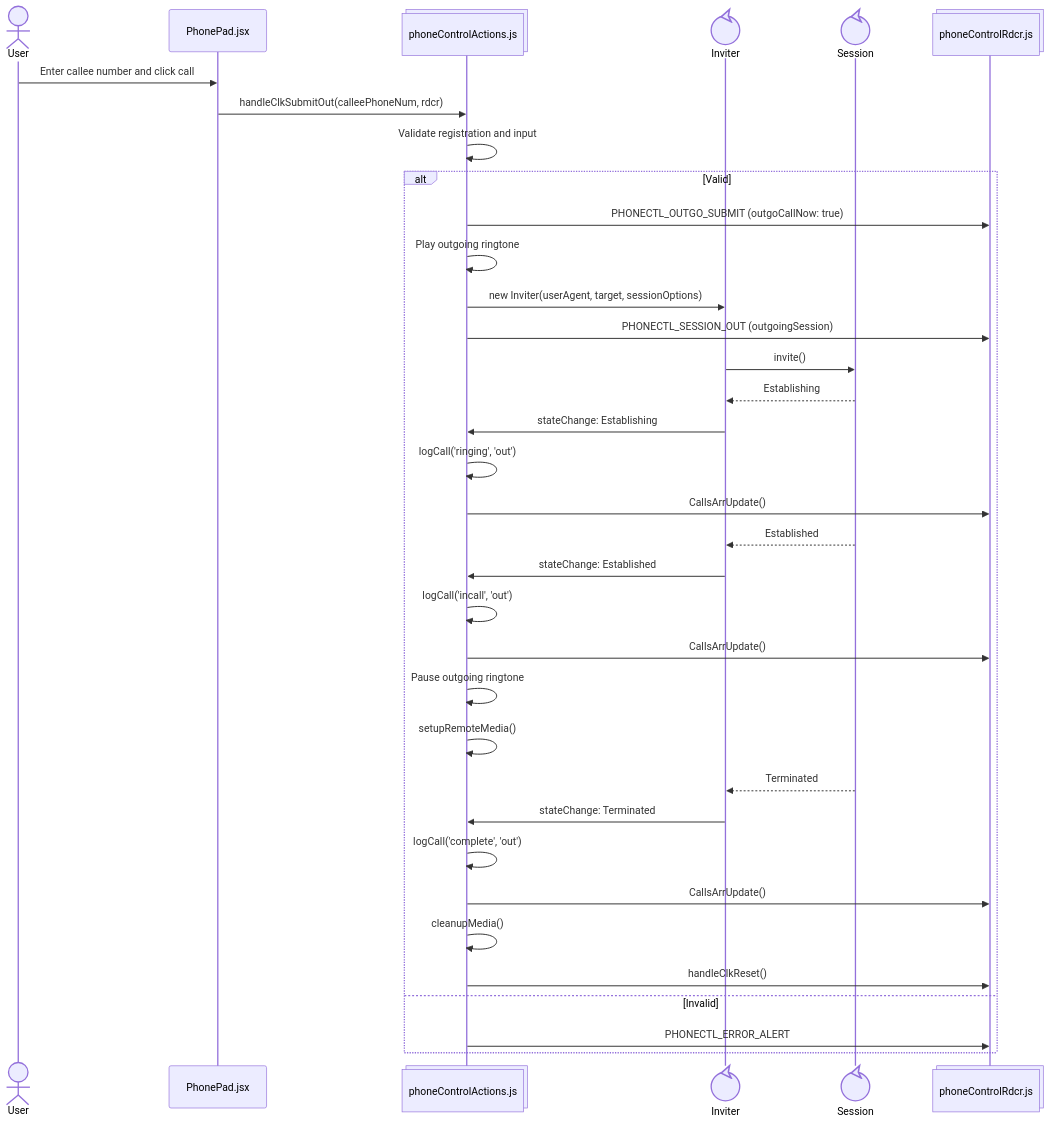
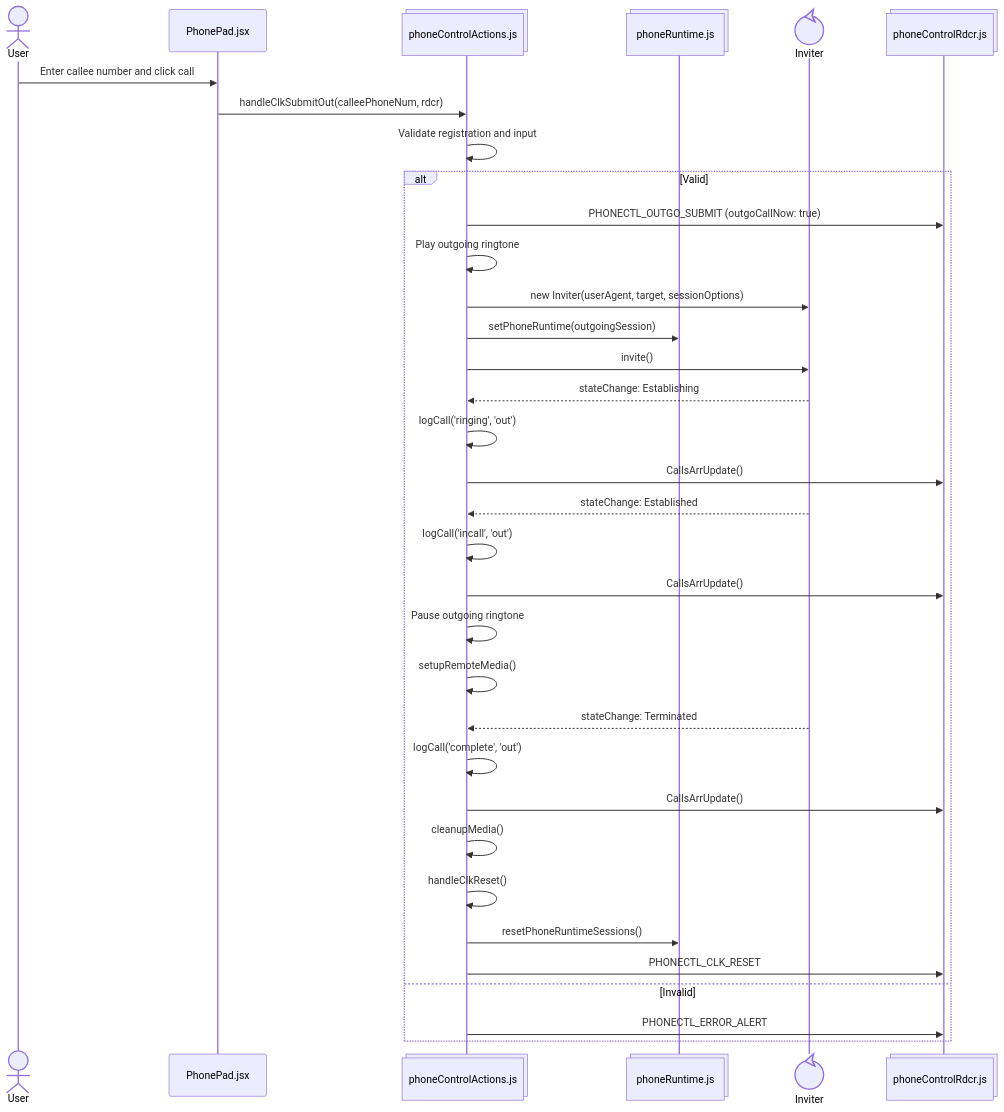
One commit to ars-anosov/sipjs-react changed the sixth of 6 diagrams in phone/README.md. Above: the diagram before and after it, drawn with Mermaid. The commit also changed other lines of this file, not shown here.

````diff
--- a/phone/README.md
+++ b/phone/README.md
@@ -142,38 +185,37 @@
 ```mermaid
 sequenceDiagram
   actor User
   participant PhonePad@{ "type" : "participant", "alias": "PhonePad.jsx" }
   participant Action@{ "type" : "collections", "alias": "phoneControlActions.js" }
+  participant Runtime@{ "type" : "collections", "alias": "phoneRuntime.js" }
   participant Inviter@{ "type" : "control" }
-  participant Session@{ "type" : "control" }
-  participant Dispatch@{ "type" : "collections", "alias": "phoneControlRdcr.js"  }
+  participant Dispatch@{ "type" : "collections", "alias": "phoneControlRdcr.js" }
 
   User->>PhonePad: Enter callee number and click call
   PhonePad->>Action: handleClkSubmitOut(calleePhoneNum, rdcr)
   Action->>Action: Validate registration and input
   alt Valid
     Action->>Dispatch: PHONECTL_OUTGO_SUBMIT (outgoCallNow: true)
     Action->>Action: Play outgoing ringtone
     Action->>Inviter: new Inviter(userAgent, target, sessionOptions)
-    Action->>Dispatch: PHONECTL_SESSION_OUT (outgoingSession)
-    Inviter->>Session: invite()
-    Session-->>Inviter: Establishing
-    Inviter->>Action: stateChange: Establishing
+    Action->>Runtime: setPhoneRuntime(outgoingSession)
+    Action->>Inviter: invite()
+    Inviter-->>Action: stateChange: Establishing
     Action->>Action: logCall('ringing', 'out')
     Action->>Dispatch: CallsArrUpdate()
-    Session-->>Inviter: Established
-    Inviter->>Action: stateChange: Established
+    Inviter-->>Action: stateChange: Established
     Action->>Action: logCall('incall', 'out')
     Action->>Dispatch: CallsArrUpdate()
     Action->>Action: Pause outgoing ringtone
     Action->>Action: setupRemoteMedia()
-    Session-->>Inviter: Terminated
-    Inviter->>Action: stateChange: Terminated
+    Inviter-->>Action: stateChange: Terminated
     Action->>Action: logCall('complete', 'out')
     Action->>Dispatch: CallsArrUpdate()
     Action->>Action: cleanupMedia()
-    Action->>Dispatch: handleClkReset()
+    Action->>Action: handleClkReset()
+    Action->>Runtime: resetPhoneRuntimeSessions()
+    Action->>Dispatch: PHONECTL_CLK_RESET
   else Invalid
     Action->>Dispatch: PHONECTL_ERROR_ALERT
   end
 ```
````
